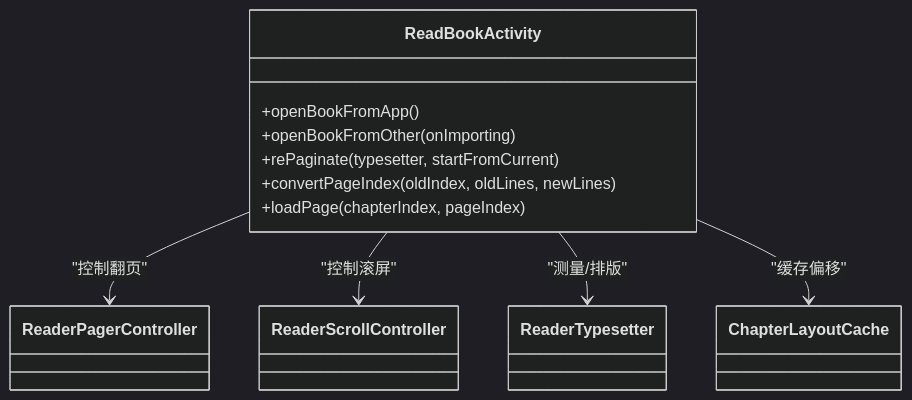
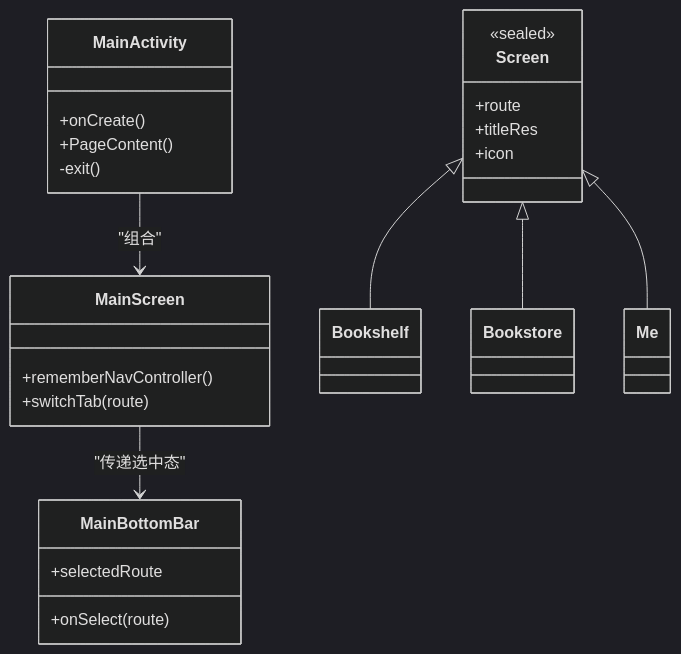
The fourth of 12 diagrams in .qoder/repowiki/zh/content/核心模块/核心模块.md (xrn1997/android-ebook), drawn with Mermaid (dark theme) before and after one commit. The commit also changed other lines of this file and 456 other files, not shown here.

````diff
--- a/.qoder/repowiki/zh/content/核心模块/核心模块.md
+++ b/.qoder/repowiki/zh/content/核心模块/核心模块.md
@@ -165,19 +159,28 @@
 ```mermaid
 classDiagram
-    class ReadBookActivity {
-        +openBookFromApp()
-        +openBookFromOther(onImporting)
-        +rePaginate(typesetter, startFromCurrent)
-        +convertPageIndex(oldIndex, oldLines, newLines)
-        +loadPage(chapterIndex, pageIndex)
+    class MainActivity {
+        +onCreate()
+        +PageContent()
+        -exit()
     }
-    class ReaderPagerController
-    class ReaderScrollController
-    class ReaderTypesetter
-    class ChapterLayoutCache
+    class Screen {
+        <<sealed>>
+        +route
+        +titleRes
+        +icon
+    }
+    class MainScreen {
+        +rememberNavController()
+        +switchTab(route)
+    }
+    class MainBottomBar {
+        +selectedRoute
+        +onSelect(route)
+    }
 
-    ReadBookActivity --> ReaderPagerController : "控制翻页"
-    ReadBookActivity --> ReaderScrollController : "控制滚屏"
-    ReadBookActivity --> ReaderTypesetter : "测量/排版"
-    ReadBookActivity --> ChapterLayoutCache : "缓存偏移"
+    MainActivity --> MainScreen : "组合"
+    MainScreen --> MainBottomBar : "传递选中态"
+    Screen <|-- Bookshelf
+    Screen <|-- Bookstore
+    Screen <|-- Me
 ```
````
